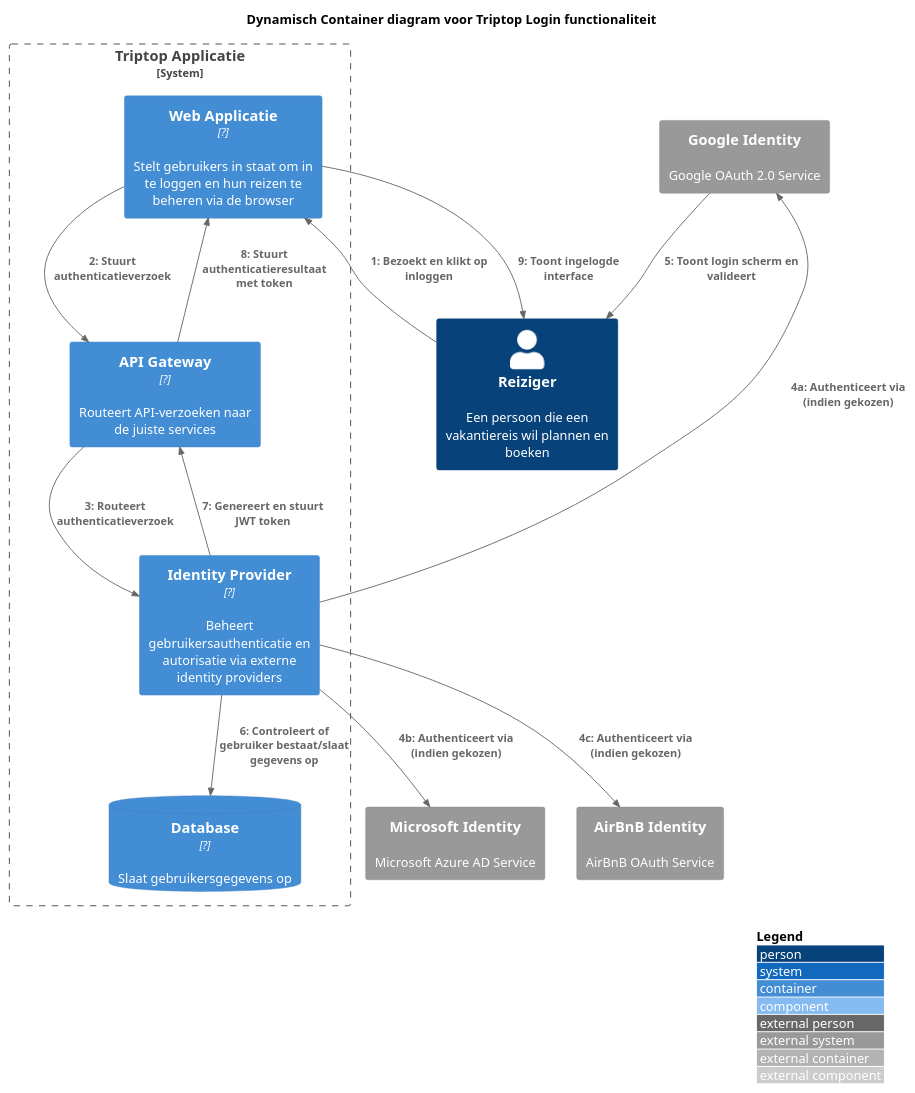
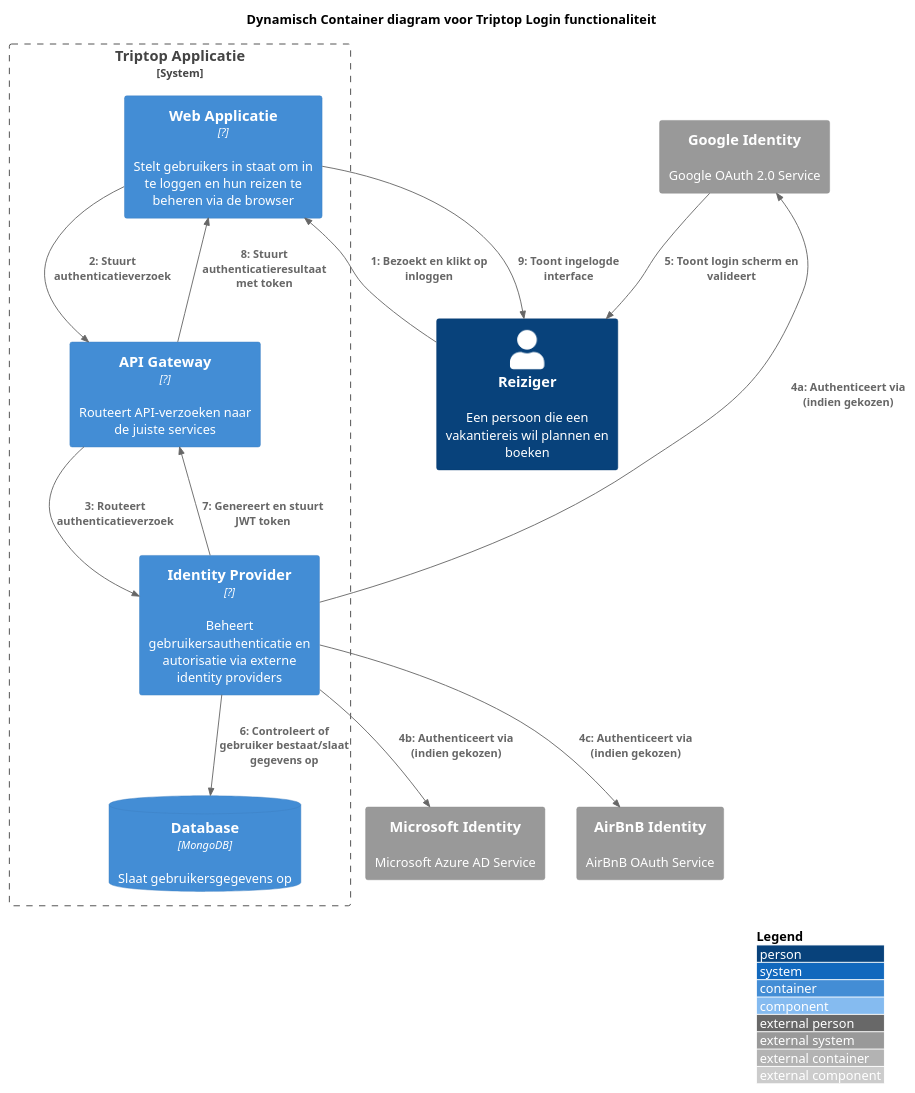
Before and after one commit to AIM-ENE-feb25/triptop-groep-5: the diagram in oefeningen/logincontainer.puml, drawn with PlantUML.

```diff
--- a/oefeningen/logincontainer.puml
+++ b/oefeningen/logincontainer.puml
@@ -1,38 +1,38 @@
 @startuml "Triptop Login - Herzien Dynamisch Container Diagram"
 !include https://raw.githubusercontent.com/plantuml-stdlib/C4-PlantUML/master/C4_Container.puml
 !include https://raw.githubusercontent.com/plantuml-stdlib/C4-PlantUML/master/C4_Dynamic.puml
 
 LAYOUT_WITH_LEGEND()
 
 title Dynamisch Container diagram voor Triptop Login functionaliteit
 
 Person(reiziger, "Reiziger", "Een persoon die een vakantiereis wil plannen en boeken")
 
 System_Boundary(triptopSysteem, "Triptop Applicatie") {
     Container(webApp, "Web Applicatie", "?", "Stelt gebruikers in staat om in te loggen en hun reizen te beheren via de browser")
 
     Container(apiGateway, "API Gateway", "?", "Routeert API-verzoeken naar de juiste services")
 
     Container(identityProvider, "Identity Provider", "?", "Beheert gebruikersauthenticatie en autorisatie via externe identity providers")
 
-    ContainerDb(Db, "Database", "?", "Slaat gebruikersgegevens op")
+    ContainerDb(Db, "Database", "MongoDB", "Slaat gebruikersgegevens op")
 }
 
 System_Ext(microsoftIdentity, "Microsoft Identity", "Microsoft Azure AD Service")
 System_Ext(airbnbIdentity, "AirBnB Identity", "AirBnB OAuth Service")
 System_Ext(googleIdentity, "Google Identity", "Google OAuth 2.0 Service")
 
 ' Dynamische interacties met nummering om de volgorde aan te geven
 RelIndex(1, reiziger, webApp, "Bezoekt en klikt op inloggen")
 RelIndex(2, webApp, apiGateway, "Stuurt authenticatieverzoek")
 RelIndex(3, apiGateway, identityProvider, "Routeert authenticatieverzoek")
 RelIndex(4a, identityProvider, googleIdentity, "Authenticeert via (indien gekozen)")
 RelIndex(4b, identityProvider, microsoftIdentity, "Authenticeert via (indien gekozen)")
 RelIndex(4c, identityProvider, airbnbIdentity, "Authenticeert via (indien gekozen)")
 RelIndex(5, googleIdentity, reiziger, "Toont login scherm en valideert")
 RelIndex(6, identityProvider, Db, "Controleert of gebruiker bestaat/slaat gegevens op")
 RelIndex(7, identityProvider, apiGateway, "Genereert en stuurt JWT token")
 RelIndex(8, apiGateway, webApp, "Stuurt authenticatieresultaat met token")
 RelIndex(9, webApp, reiziger, "Toont ingelogde interface")
 
 @enduml
```
